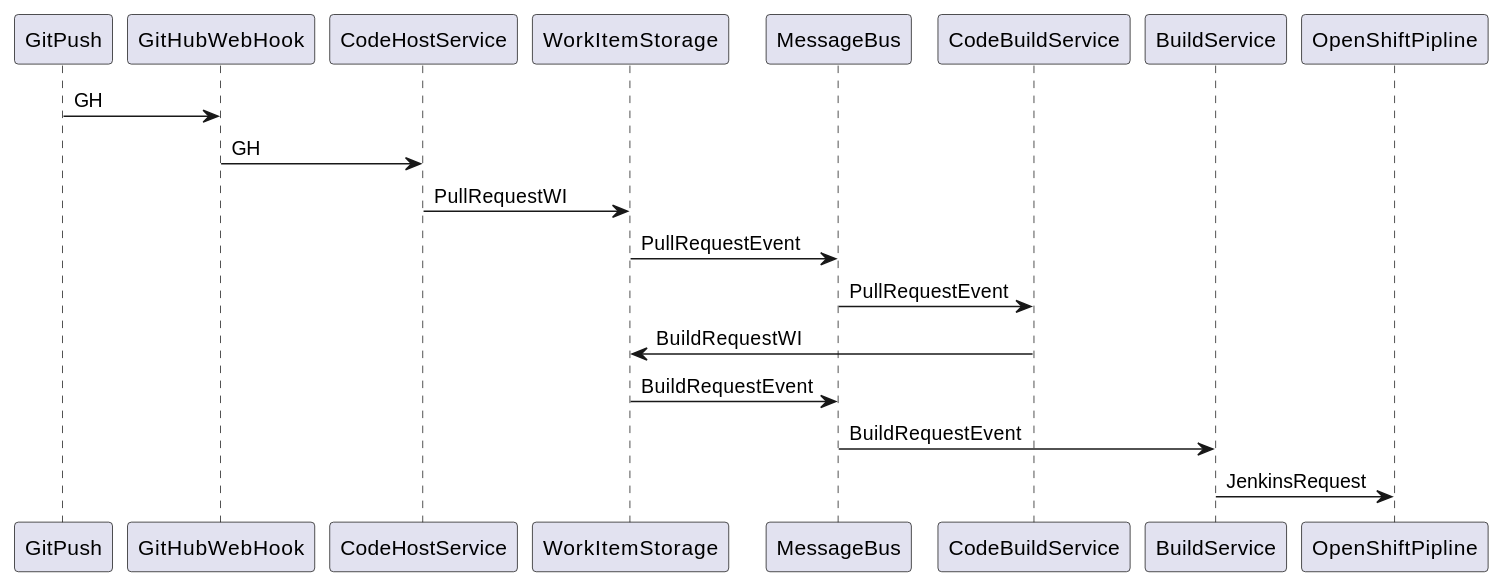
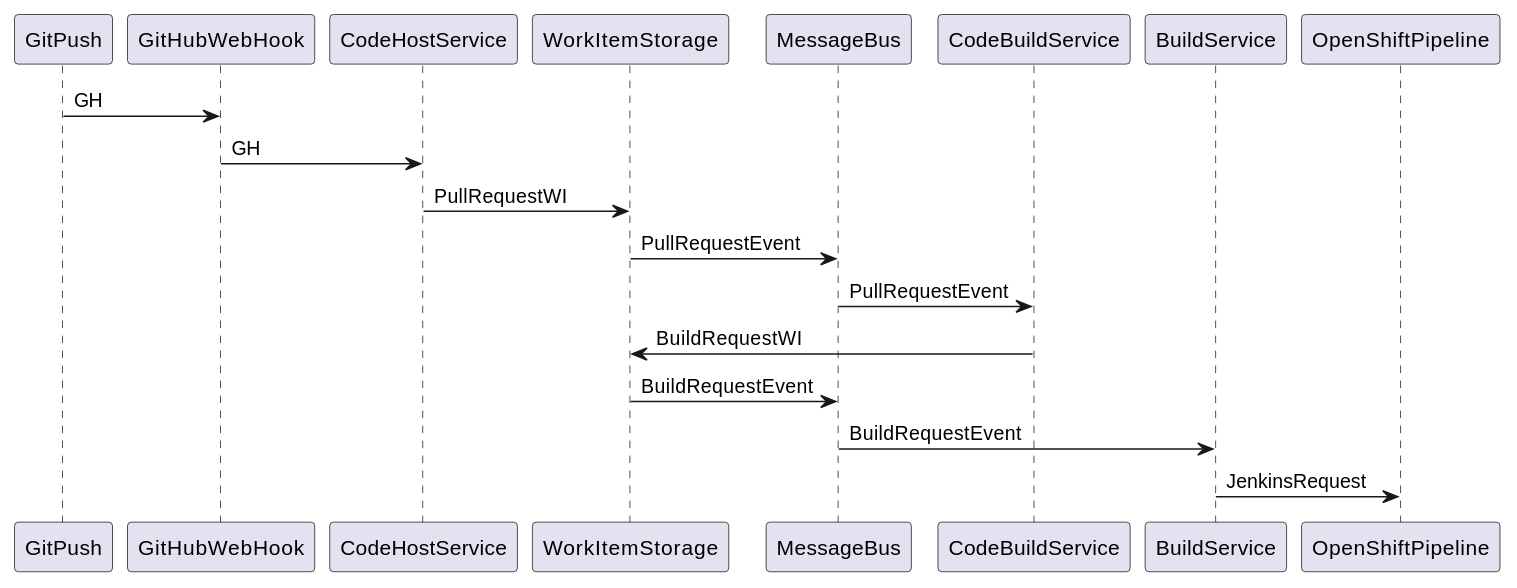
The diagram in _blueprints/pullrequest_build.adoc (fabric8-services/fabric8-devdoc), drawn with PlantUML before and after one commit. The commit also changed 1 other file, not shown here.

Commit message:
fix typo and images

```diff
--- a/_blueprints/pullrequest_build.adoc
+++ b/_blueprints/pullrequest_build.adoc
@@ -3,12 +3,12 @@
 [plantuml,pullrequest-protocol]
 ....
 GitPush -> GitHubWebHook:GH
 GitHubWebHook -> CodeHostService:GH
 CodeHostService -> WorkItemStorage:PullRequestWI
 WorkItemStorage -> MessageBus:PullRequestEvent
 MessageBus -> CodeBuildService:PullRequestEvent
 CodeBuildService -> WorkItemStorage:BuildRequestWI
 WorkItemStorage -> MessageBus:BuildRequestEvent
 MessageBus -> BuildService:BuildRequestEvent
-BuildService -> OpenShiftPipline:JenkinsRequest
+BuildService -> OpenShiftPipeline:JenkinsRequest
 ....
```
